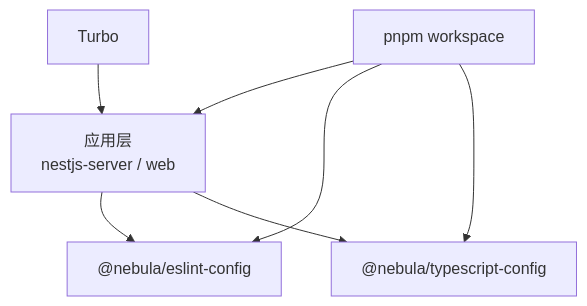
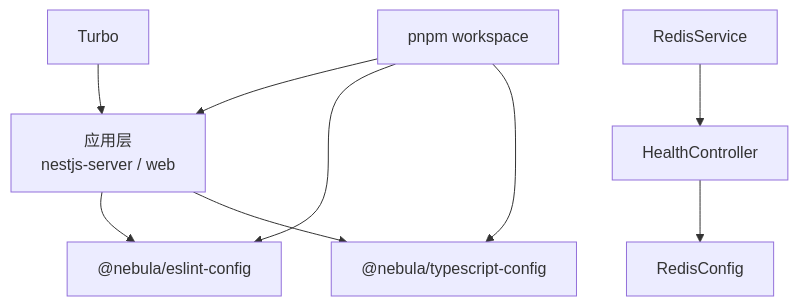
Before and after one commit to translateServers/nodes-stack: the seventh of 7 diagrams in .qoder/repowiki/zh/content/开发工具/开发工具.md, drawn with Mermaid. The commit also changed other lines of this file and 4 other files, not shown here.

````diff
--- a/.qoder/repowiki/zh/content/开发工具/开发工具.md
+++ b/.qoder/repowiki/zh/content/开发工具/开发工具.md
@@ -298,14 +376,19 @@
 ```mermaid
 graph TB
 Apps["应用层<br/>nestjs-server / web"]
 ESLintPkg["@nebula/eslint-config"]
 TSCfg["@nebula/typescript-config"]
 Turbo["Turbo"]
 PNPM["pnpm workspace"]
+RedisSvc["RedisService"]
+HealthCtl["HealthController"]
+RedisCfg["RedisConfig"]
 Apps --> ESLintPkg
 Apps --> TSCfg
 PNPM --> Apps
 PNPM --> ESLintPkg
 PNPM --> TSCfg
 Turbo --> Apps
+RedisSvc --> HealthCtl
+HealthCtl --> RedisCfg
 ```
````
